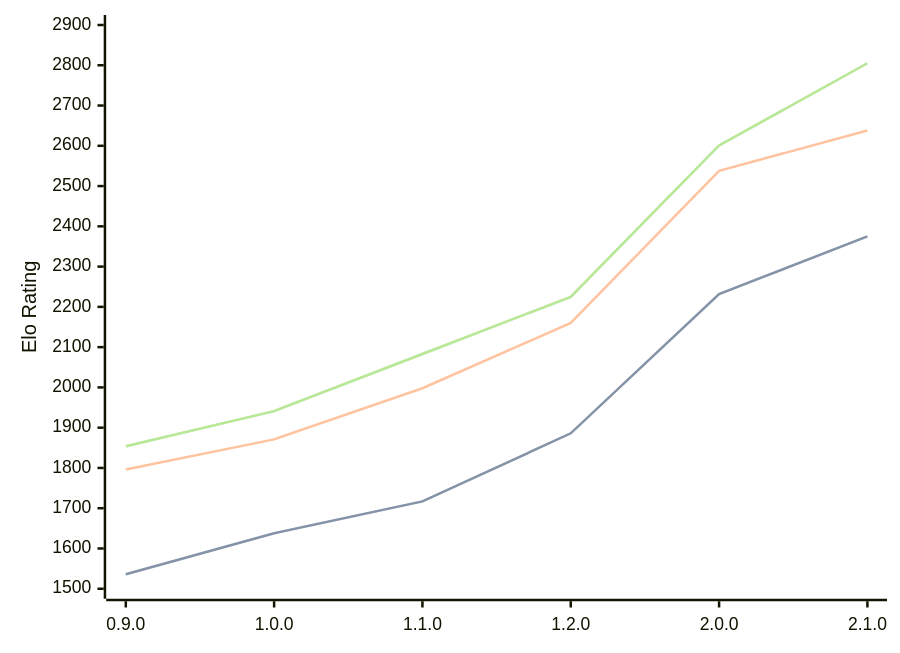
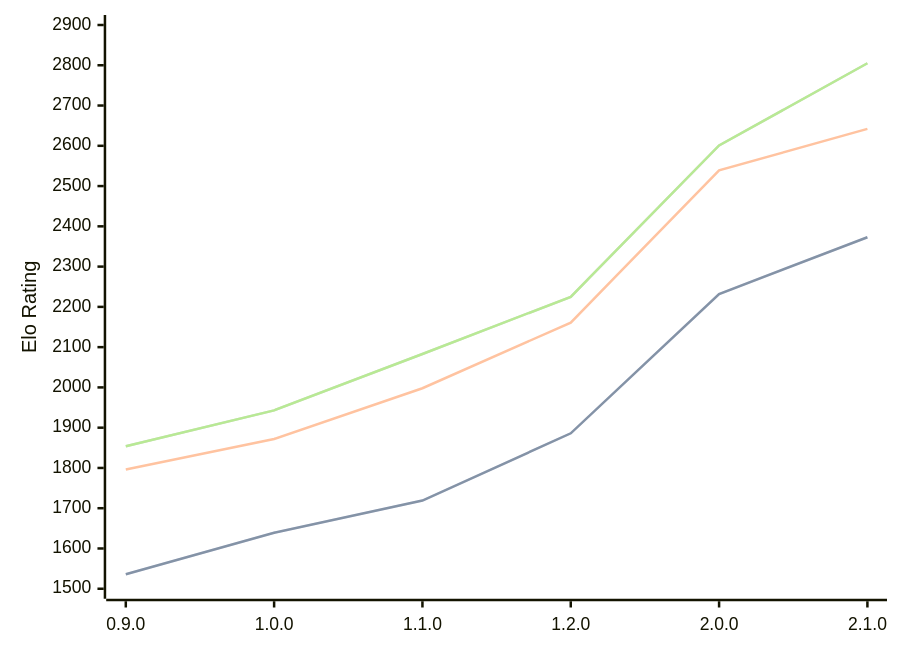
Before and after one commit to computer-chess-index/cci: the diagram in engines/Ratsu.md, drawn with Mermaid. The commit also changed other lines of this file, not shown here.

Commit message:
Update CCI Ratings (ELO VLTC) - 2026-07-25

````diff
--- a/engines/Ratsu.md
+++ b/engines/Ratsu.md
@@ -36,11 +36,11 @@
 ```mermaid
 %%{init: {"theme":"base","themeVariables":{"seriesColors:['#a3a3a3','#222221','#faa371']}}}%%
 xychart-beta
   x-axis ["0.9.0", "1.0.0", "1.1.0", "1.2.0", "2.0.0", "2.1.0"]
   y-axis "Elo Rating" 1500 --> 2900
-  line "STC (8.0+0.08s)" [1536, 1638, 1717, 1886, 2232, 2375]
-  line "STC (8.0+0.08s)" [1536, 1638, 1717, 1886, 2232, 2375]
-  line "LTC (60.0+0.60s)" [1796, 1871, 1998, 2160, 2538, 2638]
-  line "VLTC (2m24s+1.12s)" [1854, 1941, 2083, 2225, 2601, 2805]
-  line "VLTC (2m24s+1.12s)" [1854, 1941, 2083, 2225, 2601, 2805]
+  line "STC (8.0+0.08s)" [1536, 1639, 1719, 1886, 2232, 2373]
+  line "STC (8.0+0.08s)" [1536, 1639, 1719, 1886, 2232, 2373]
+  line "LTC (60.0+0.60s)" [1796, 1872, 1998, 2161, 2539, 2642]
+  line "VLTC (2m24s+1.12s)" [1854, 1943, 2083, 2225, 2601, 2805]
+  line "VLTC (2m24s+1.12s)" [1854, 1943, 2083, 2225, 2601, 2805]
 ```
````
